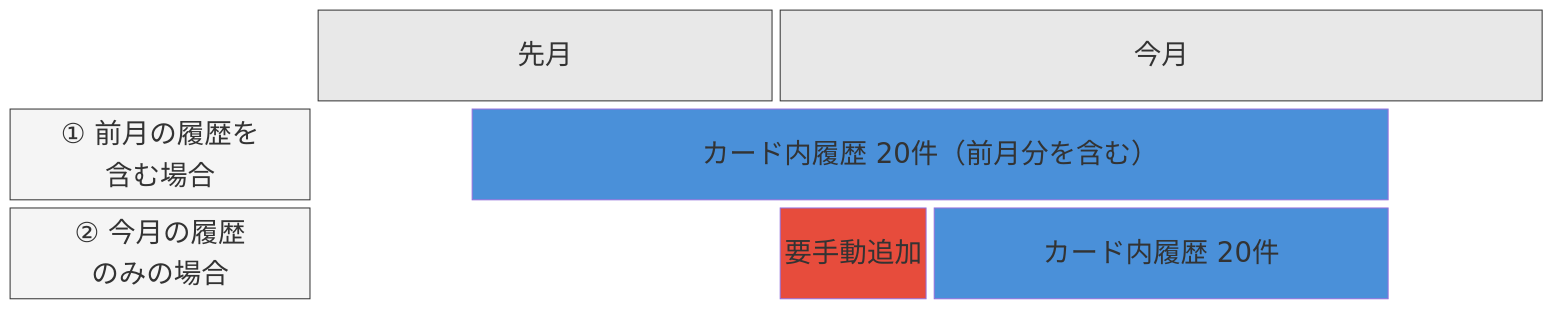
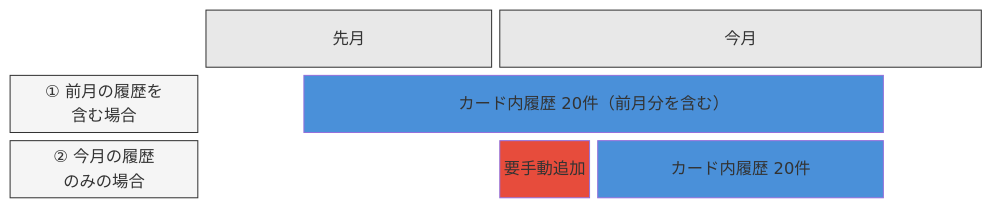
One commit to kuwayamamasayuki/ICCardManager changed the diagram in ICCardManager/docs/manual/管理者マニュアル.md. Above: the diagram before and after it, drawn with Mermaid.

Commit message:
docs: mermaid-filter非対応のfontSizeディレクティブを削除 (#950)
mermaid-filter経由のWord/PDF出力ではinitディレクティブの
fontSizeが反映されないため削除。

````diff
--- a/ICCardManager/docs/manual/管理者マニュアル.md
+++ b/ICCardManager/docs/manual/管理者マニュアル.md
@@ -376,25 +376,24 @@
 ```mermaid
-%%{init: {"theme": "default", "themeVariables": {"fontSize": "27px"}}}%%
 block-beta
     columns 10
     space:2 B["先月"]:3 C["今月"]:5
 
     A1["① 前月の履歴を\n含む場合"]:2
     space:1
     D1["カード内履歴 20件（前月分を含む）"]:6
     space:1
 
     A2["② 今月の履歴\nのみの場合"]:2
     space:3
     E2["要手動追加"]:1
     D2["カード内履歴 20件"]:3
     space:1
 
     style D1 fill:#4A90D9,color:#fff
     style D2 fill:#4A90D9,color:#fff
     style E2 fill:#E74C3C,color:#fff
     style A1 fill:#f5f5f5,stroke:#333
     style A2 fill:#f5f5f5,stroke:#333
     style B fill:#e8e8e8,stroke:#333
     style C fill:#e8e8e8,stroke:#333
 ```
````
